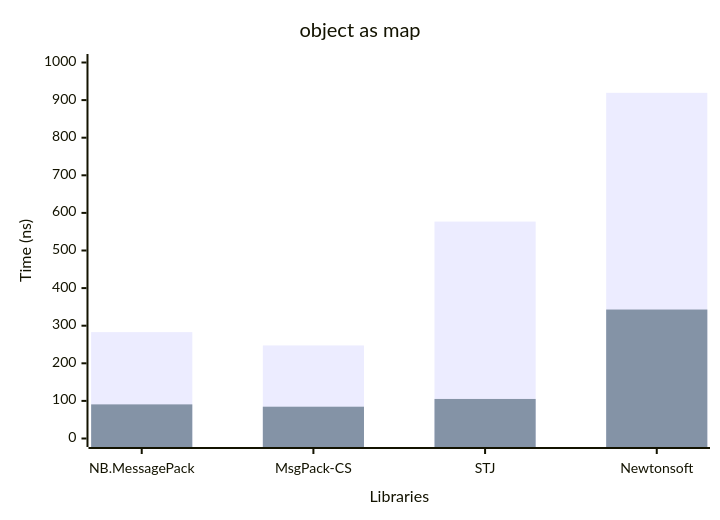
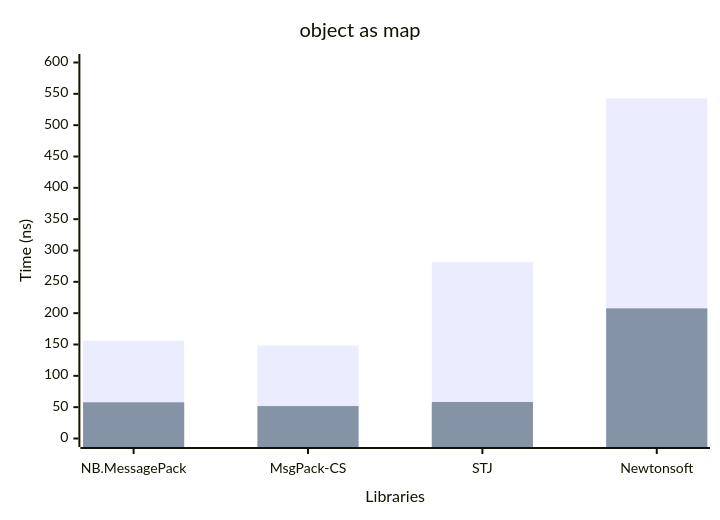
The first of 4 diagrams in docfx/includes/perf.md (AArnott/Nerdbank.MessagePack), drawn with Mermaid before and after one commit. The commit also changed other lines of this file and 2 other files, not shown here.

````diff
--- a/docfx/includes/perf.md
+++ b/docfx/includes/perf.md
@@ -19,8 +21,8 @@
 ```mermaid
 xychart-beta
      x-axis "Libraries" ["NB.MessagePack", "MsgPack-CS", "STJ", "Newtonsoft"]
-     y-axis "Time (ns)" 0 --> 1000
+     y-axis "Time (ns)" 0 --> 600
      title "object as map"
-     bar "Serialize+Deserialize" [282.96,247.46,576.95,919.38]
-     bar "Serialize" [90.76,84.57,105.17,342.99]
+     bar "Serialize+Deserialize" [156.08,148.36,281.5,542.6]
+     bar "Serialize" [57.76,51.74,58.27,207.64]
  ```
````
